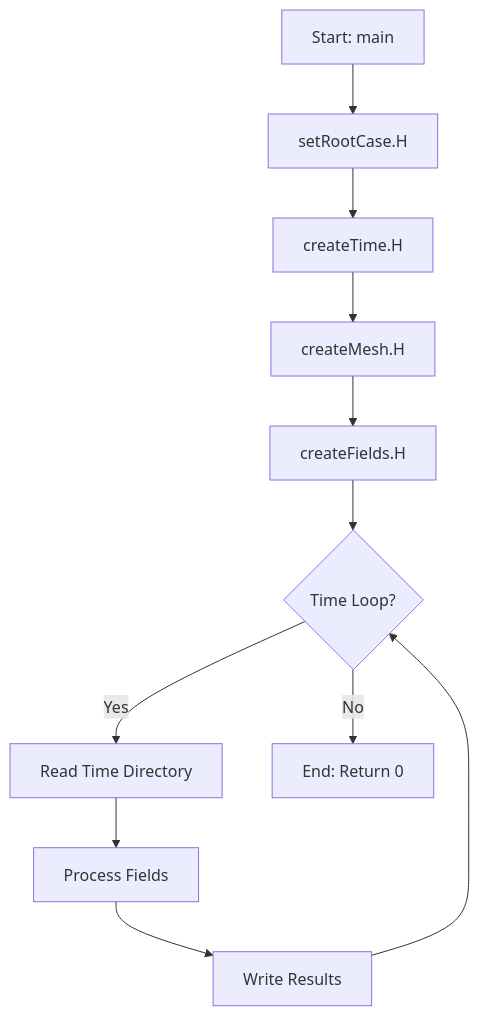
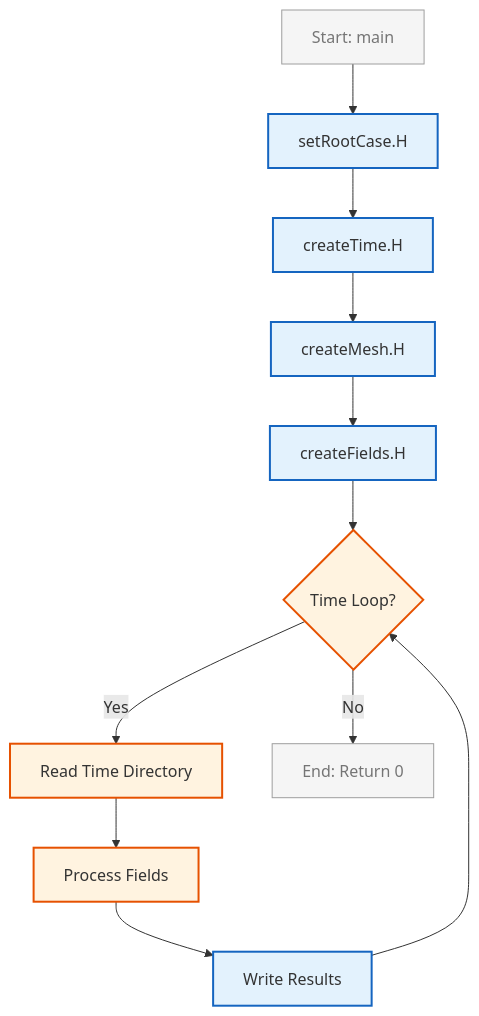
Before and after one commit to wramet/build-my-cfd: the first of 4 diagrams in MODULE_07_UTILITIES_AUTOMATION/CONTENT/08_EXPERT_UTILITIES/03_Architecture_and_Design_Patterns.md, drawn with Mermaid. The commit also changed other lines of this file and 313 other files, not shown here.

Commit message:
Revise all diagram

````diff
--- a/MODULE_07_UTILITIES_AUTOMATION/CONTENT/08_EXPERT_UTILITIES/03_Architecture_and_Design_Patterns.md
+++ b/MODULE_07_UTILITIES_AUTOMATION/CONTENT/08_EXPERT_UTILITIES/03_Architecture_and_Design_Patterns.md
@@ -16,13 +16,18 @@
 ```mermaid
 flowchart TD
-    A[Start: main] --> B[setRootCase.H]
-    B --> C[createTime.H]
-    C --> D[createMesh.H]
-    D --> E[createFields.H]
-    E --> F{Time Loop?}
-    F -->|Yes| G[Read Time Directory]
-    G --> H[Process Fields]
-    H --> I[Write Results]
-    I --> F
-    F -->|No| J[End: Return 0]
+%% Classes
+classDef explicit fill:#fff3e0,stroke:#e65100,stroke-width:2px;
+classDef implicit fill:#e3f2fd,stroke:#1565c0,stroke-width:2px;
+classDef context fill:#f5f5f5,stroke:#9e9e9e,stroke-width:1px,color:#757575;
+%% Nodes
+A[Start: main]:::context --> B[setRootCase.H]:::implicit
+B --> C[createTime.H]:::implicit
+C --> D[createMesh.H]:::implicit
+D --> E[createFields.H]:::implicit
+E --> F{Time Loop?}:::explicit
+F -->|Yes| G[Read Time Directory]:::explicit
+G --> H[Process Fields]:::explicit
+H --> I[Write Results]:::implicit
+I --> F
+F -->|No| J[End: Return 0]:::context
 ```
````
